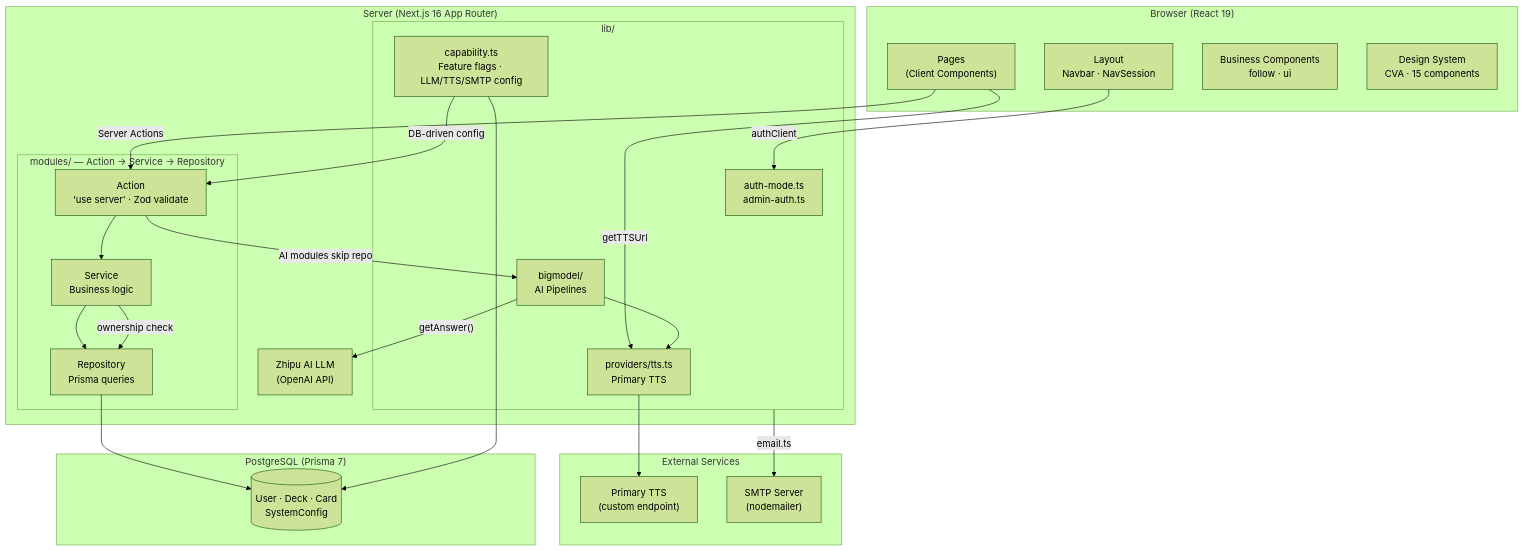
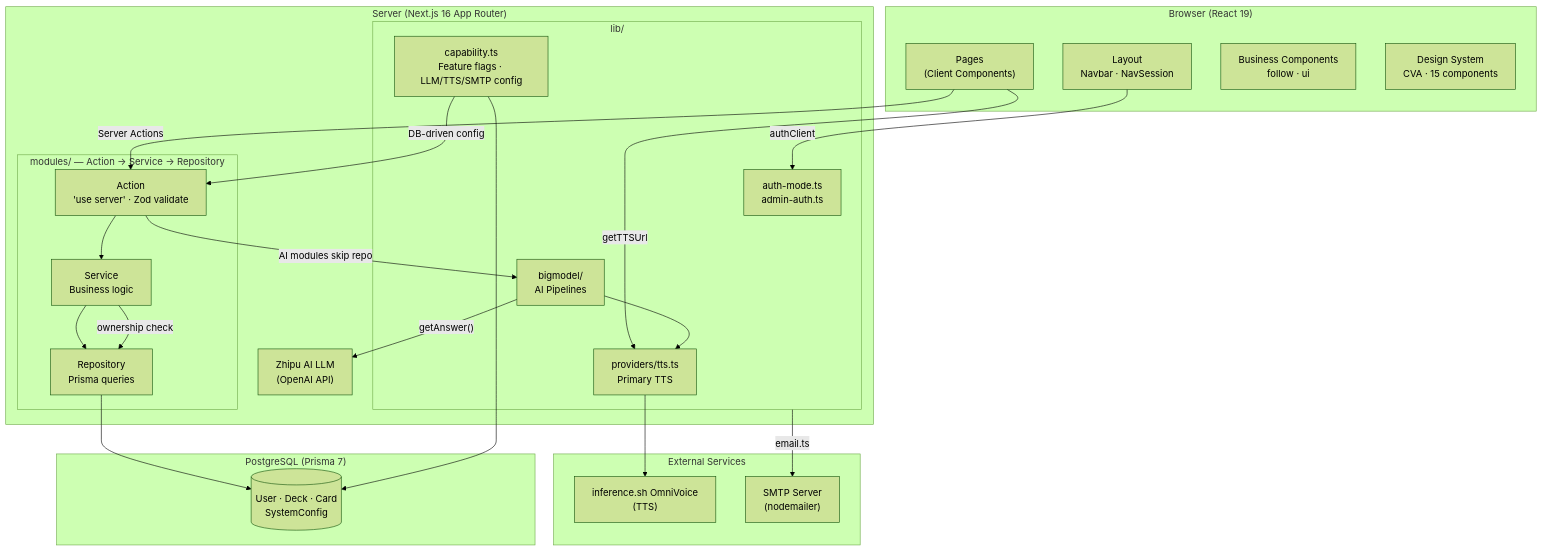
One commit to GoddoNebianU/learn-languages changed the diagram in README.md. Above: the diagram before and after it, drawn with Mermaid (forest theme). The commit also changed other lines of this file and 11 other files, not shown here.

First line of the commit message:
refactor: migrate TTS provider to inference.sh OmniVoice platform

````diff
--- a/README.md
+++ b/README.md
@@ -48,48 +48,48 @@
 ```mermaid
 graph TB
     subgraph Browser["Browser (React 19)"]
         Pages["Pages<br/>(Client Components)"]
         Layout["Layout<br/>Navbar · NavSession"]
         BizComps["Business Components<br/>follow · ui"]
         DS["Design System<br/>CVA · 15 components"]
     end
 
     Pages -->|"Server Actions"| Action
     Layout -->|"authClient"| AuthMod
     Pages -->|"getTTSUrl"| TTS
 
     subgraph Server["Server (Next.js 16 App Router)"]
         subgraph Modules["modules/ — Action → Service → Repository"]
             Action["Action<br/>'use server' · Zod validate"] --> Service["Service<br/>Business logic"] --> Repository["Repository<br/>Prisma queries"]
         end
         Action -->|"AI modules skip repo"| Pipelines
 
         subgraph Lib["lib/"]
             AuthMod["auth-mode.ts<br/>admin-auth.ts"]
             Cap["capability.ts<br/>Feature flags · LLM/TTS/SMTP config"]
             Pipelines["bigmodel/<br/>AI Pipelines"]
             TTS["providers/tts.ts<br/>Primary TTS"]
         end
 
         Service -->|"ownership check"| Repository
         Pipelines -->|"getAnswer()"| LLM
         Pipelines --> TTS
         Cap -->|"DB-driven config"| Action
     end
 
     Repository --> DB
     Cap --> DB
 
     subgraph Storage["PostgreSQL (Prisma 7)"]
         DB[("User · Deck · Card<br/>SystemConfig")]
     end
 
     subgraph External["External Services"]
         LLM["Zhipu AI LLM<br/>(OpenAI API)"]
-        Qwen["Primary TTS<br/>(custom endpoint)"]
+        Qwen["inference.sh OmniVoice<br/>(TTS)"]
         SMTP["SMTP Server<br/>(nodemailer)"]
     end
 
     TTS --> Qwen
     Lib -->|"email.ts"| SMTP
 ```
````
